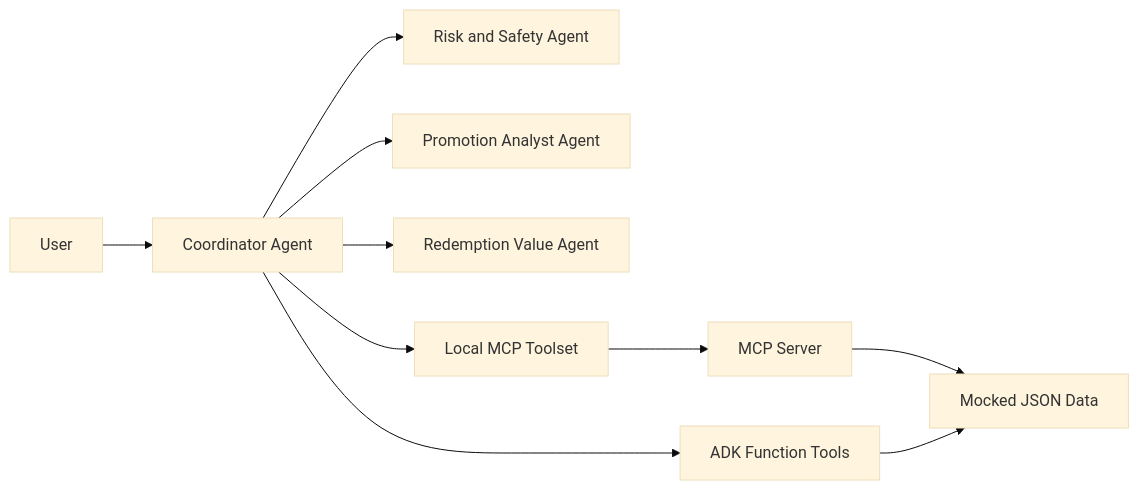
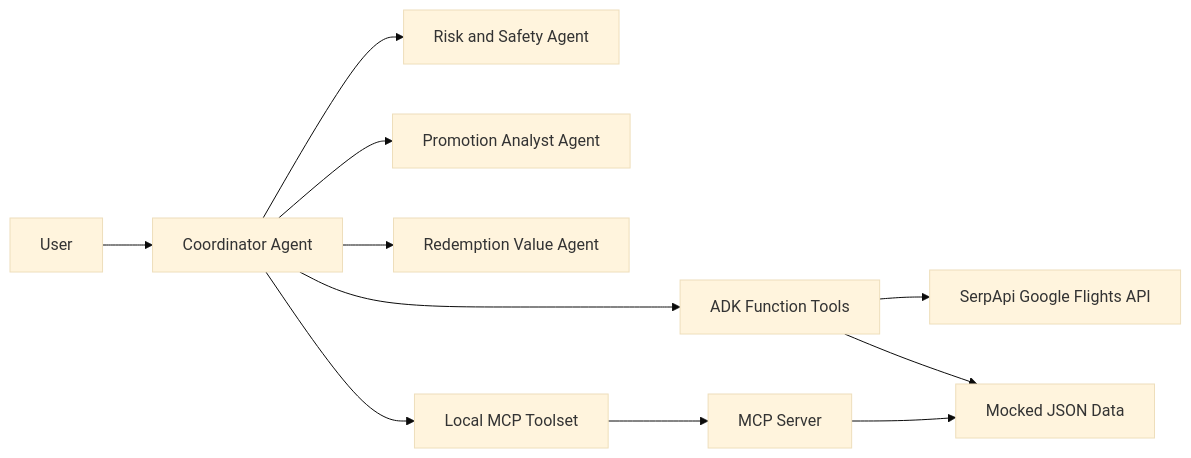
Before and after one commit to thaisaraujom/miles-agent: the diagram in README.md, drawn with Mermaid (base theme). The commit also changed other lines of this file and 6 other files, not shown here.

Commit message:
feat: add SerpApi cash fare tool

````diff
--- a/README.md
+++ b/README.md
@@ -48,12 +52,13 @@
 ```mermaid
 flowchart LR
     U["User"] --> C["Coordinator Agent"]
     C --> S["Risk and Safety Agent"]
     C --> P["Promotion Analyst Agent"]
     C --> R["Redemption Value Agent"]
     C --> T["ADK Function Tools"]
+    T --> F["SerpApi Google Flights API"]
     C --> M["Local MCP Toolset"]
     M --> MS["MCP Server"]
     MS --> D["Mocked JSON Data"]
     T --> D
 ```
````
